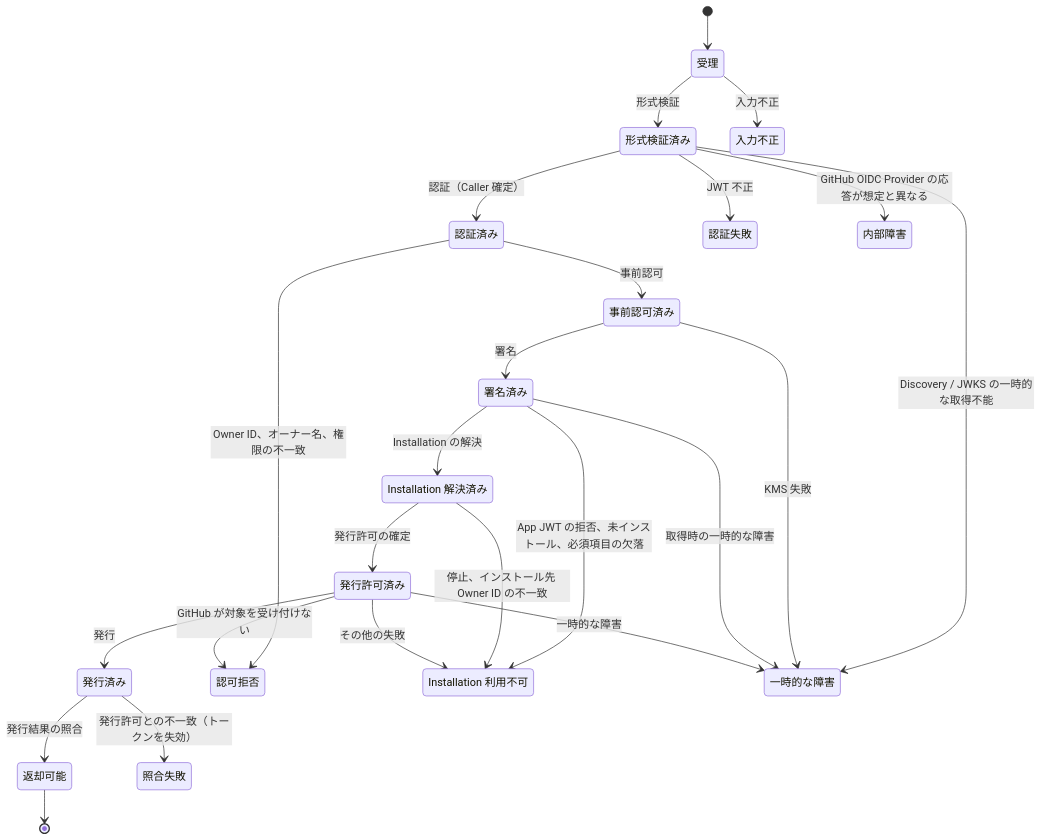
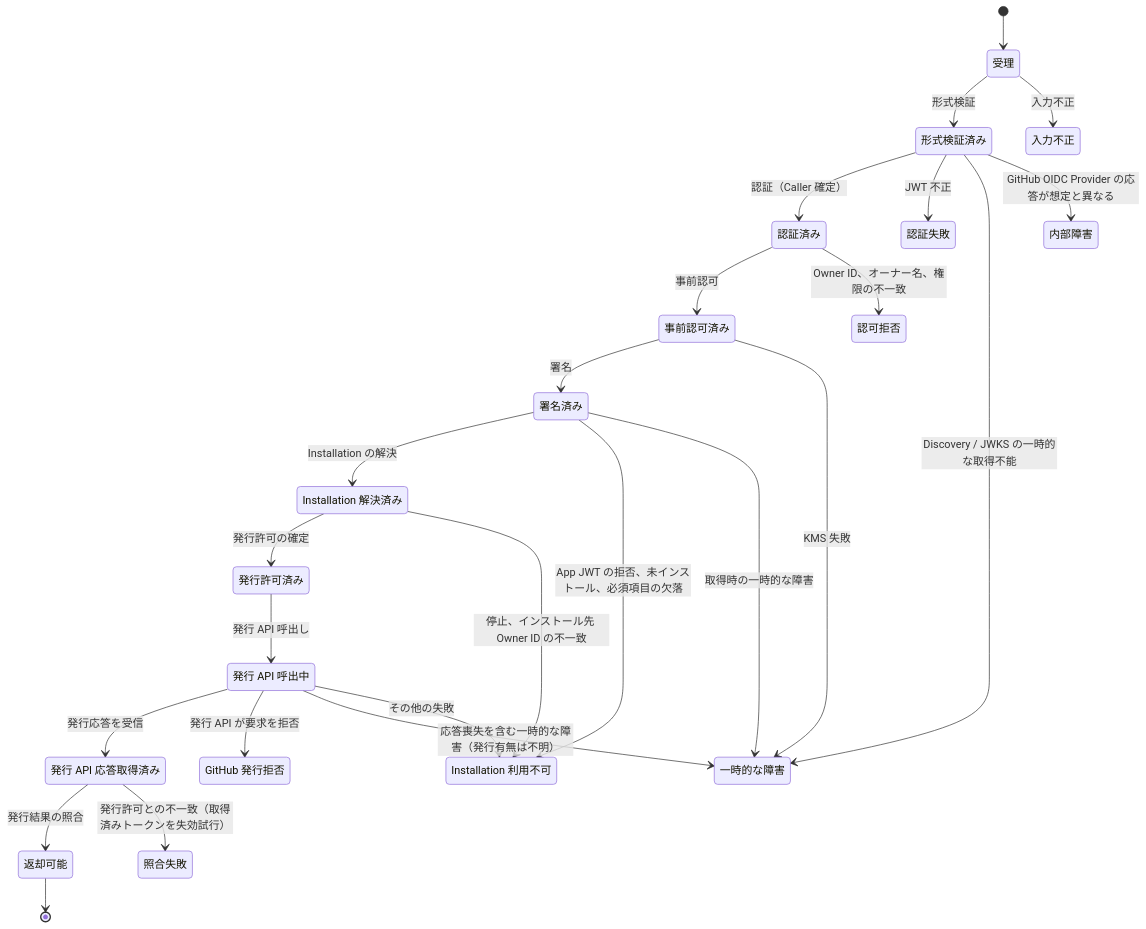
One commit to tmknom/gates changed the second of 3 diagrams in docs/design/domain.md. Above: the diagram before and after it, drawn with Mermaid. The commit also changed other lines of this file and 6 other files, not shown here.

````diff
--- a/docs/design/domain.md
+++ b/docs/design/domain.md
@@ -305,42 +305,45 @@
 ```mermaid
 stateDiagram-v2
   state "受理" as received
   state "形式検証済み" as validated
   state "認証済み" as authenticated
   state "事前認可済み" as preauthorized
   state "署名済み" as signed
   state "Installation 解決済み" as resolved
   state "発行許可済み" as granted
-  state "発行済み" as issued
+  state "発行 API 応答取得済み" as issued
+  state "発行 API 呼出中" as issue_requested
   state "返却可能" as returnable
   state "入力不正" as rej_request
   state "認証失敗" as rej_auth
   state "認可拒否" as rej_authz
   state "Installation 利用不可" as rej_installation
+  state "GitHub 発行拒否" as rej_issue
   state "照合失敗" as rej_verify
   state "一時的な障害" as rej_transient
   state "内部障害" as rej_internal
   [*] --> received
   received --> validated : 形式検証
   received --> rej_request : 入力不正
   validated --> authenticated : 認証（Caller 確定）
   validated --> rej_auth : JWT 不正
   validated --> rej_transient : Discovery / JWKS の一時的な取得不能
   validated --> rej_internal : GitHub OIDC Provider の応答が想定と異なる
   authenticated --> preauthorized : 事前認可
   authenticated --> rej_authz : Owner ID、オーナー名、権限の不一致
   preauthorized --> signed : 署名
   preauthorized --> rej_transient : KMS 失敗
   signed --> resolved : Installation の解決
   signed --> rej_installation : App JWT の拒否、未インストール、必須項目の欠落
   signed --> rej_transient : 取得時の一時的な障害
   resolved --> granted : 発行許可の確定
   resolved --> rej_installation : 停止、インストール先 Owner ID の不一致
-  granted --> issued : 発行
-  granted --> rej_authz : GitHub が対象を受け付けない
-  granted --> rej_transient : 一時的な障害
-  granted --> rej_installation : その他の失敗
+  granted --> issue_requested : 発行 API 呼出し
+  issue_requested --> issued : 発行応答を受信
+  issue_requested --> rej_issue : 発行 API が要求を拒否
+  issue_requested --> rej_transient : 応答喪失を含む一時的な障害（発行有無は不明）
+  issue_requested --> rej_installation : その他の失敗
   issued --> returnable : 発行結果の照合
-  issued --> rej_verify : 発行許可との不一致（トークンを失効）
+  issued --> rej_verify : 発行許可との不一致（取得済みトークンを失効試行）
   returnable --> [*]
 ```
````
